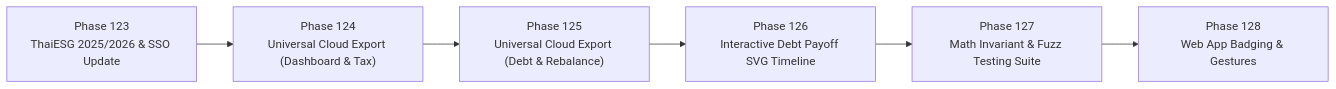
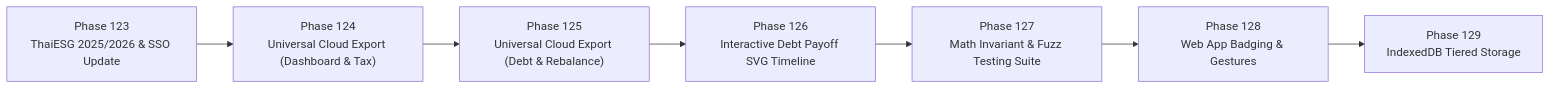
The second of 2 diagrams in plan.md (crossoverall/money-superapp), drawn with Mermaid before and after one commit. The commit also changed other lines of this file and 17 other files, not shown here.

Commit message:
feat(storage): implement IndexedDB tiered persistence engine with transparent fallback (v2.5.70)

````diff
--- a/plan.md
+++ b/plan.md
@@ -170,8 +170,9 @@
 ```mermaid
 flowchart LR
     P123["Phase 123<br/>ThaiESG 2025/2026 & SSO Update"] --> P124["Phase 124<br/>Universal Cloud Export (Dashboard & Tax)"]
     P124 --> P125["Phase 125<br/>Universal Cloud Export (Debt & Rebalance)"]
     P125 --> P126["Phase 126<br/>Interactive Debt Payoff SVG Timeline"]
     P126 --> P127["Phase 127<br/>Math Invariant & Fuzz Testing Suite"]
     P127 --> P128["Phase 128<br/>Web App Badging & Gestures"]
+    P128 --> P129["Phase 129<br/>IndexedDB Tiered Storage"]
 ```
````
